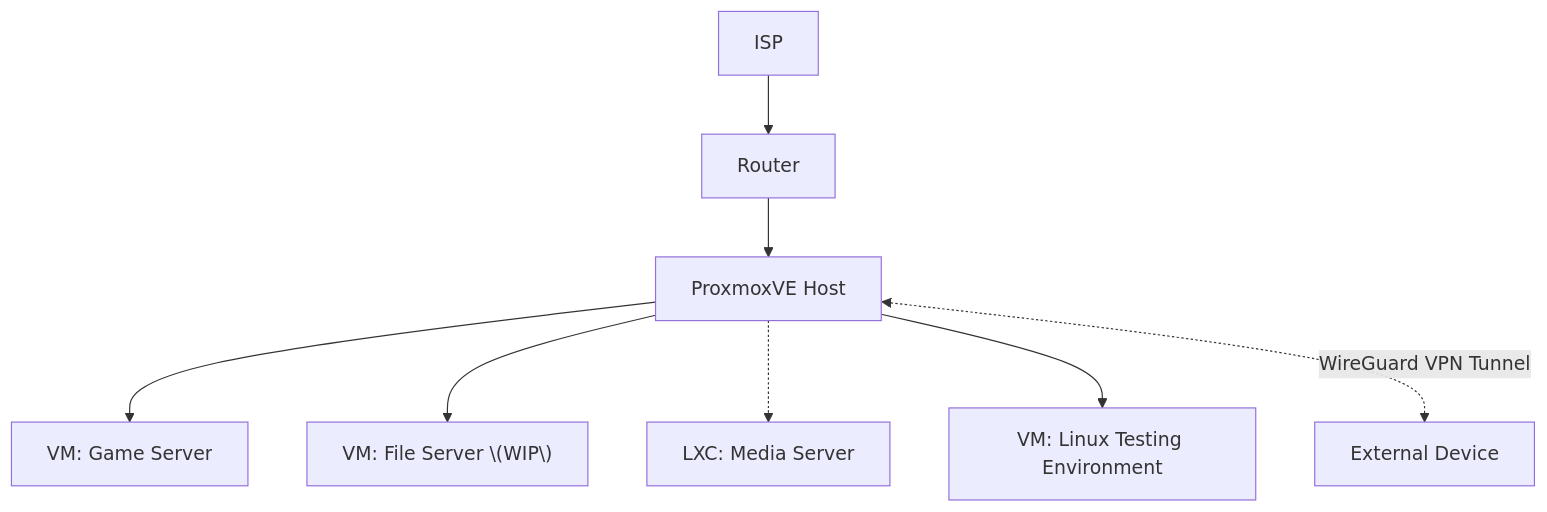
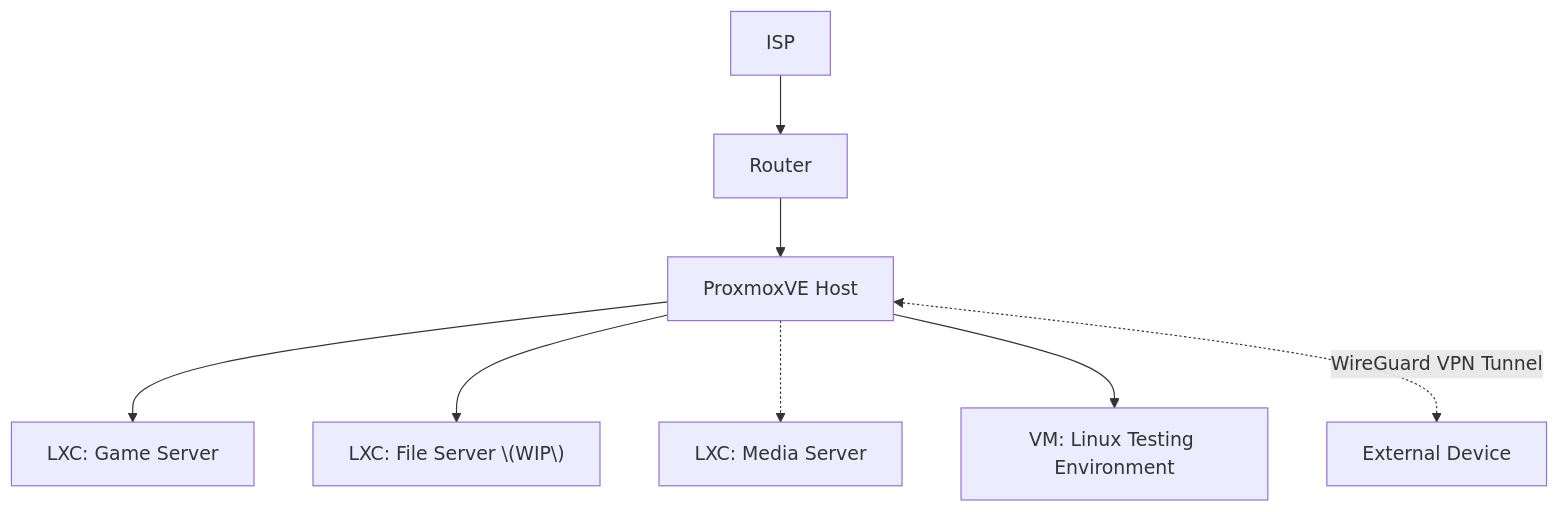
One commit to jason-yi4/proxmox-homelab changed the diagram in network_infrastructure.md. Above: the diagram before and after it, drawn with Mermaid.

Commit message:
Change VM references to LXC in network diagram

````diff
--- a/network_infrastructure.md
+++ b/network_infrastructure.md
@@ -3,10 +3,10 @@
 ```mermaid
 graph TD
     A[ISP] --> B[Router]
     B --> C[ProxmoxVE Host]
-    C --> D1["VM: Game Server"]
-    C --> D2["VM: File Server \(WIP\)"]
+    C --> D1["LXC: Game Server"]
+    C --> D2["LXC: File Server \(WIP\)"]
     C -.-> D3["LXC: Media Server"]
     C --> D4["VM: Linux Testing Environment"]
     C <-.->|WireGuard VPN Tunnel| E[External Device]
 ```
````
